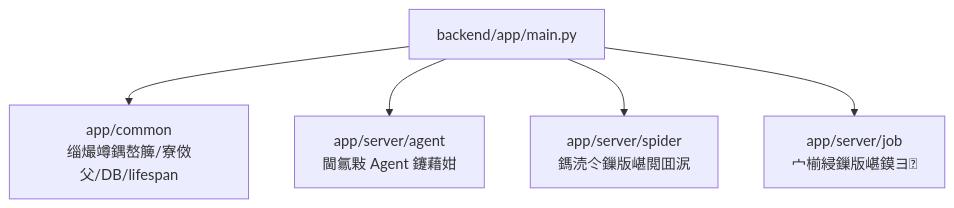
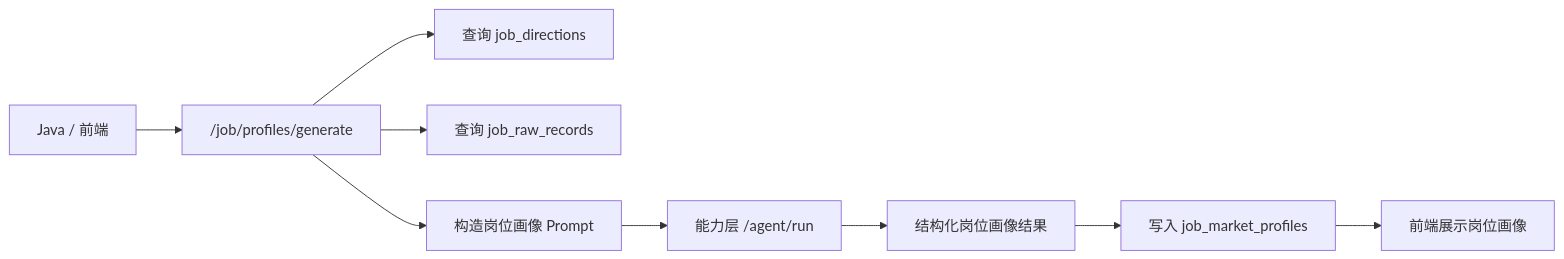
The fourth of 6 diagrams in docs/架构图.md (Auhyuan/CareerOS), drawn with Mermaid before and after one commit. The commit also changed other lines of this file and 6 other files, not shown here.

````diff
--- a/docs/架构图.md
+++ b/docs/架构图.md
@@ -57,13 +76,11 @@
 ```mermaid
-flowchart TB
-    Main["backend/app/main.py"]
-    Common["app/common<br/>缁熶竴鍝嶅簲/寮傚父/DB/lifespan"]
-    Agent["app/server/agent<br/>閫氱敤 Agent 鑳藉姏"]
-    Spider["app/server/spider<br/>鎷涜仒鏁版嵁閲囬泦"]
-    Job["app/server/job<br/>宀椾綅鏁版嵁鏌ヨ"]
-
-    Main --> Common
-    Main --> Agent
-    Main --> Spider
-    Main --> Job
+flowchart LR
+    Java["Java / 前端"] --> Generate["/job/profiles/generate"]
+    Generate --> Direction["查询 job_directions"]
+    Generate --> Samples["查询 job_raw_records"]
+    Generate --> Prompt["构造岗位画像 Prompt"]
+    Prompt --> Agent["能力层 /agent/run"]
+    Agent --> Result["结构化岗位画像结果"]
+    Result --> Save["写入 job_market_profiles"]
+    Save --> Page["前端展示岗位画像"]
 ```
````
